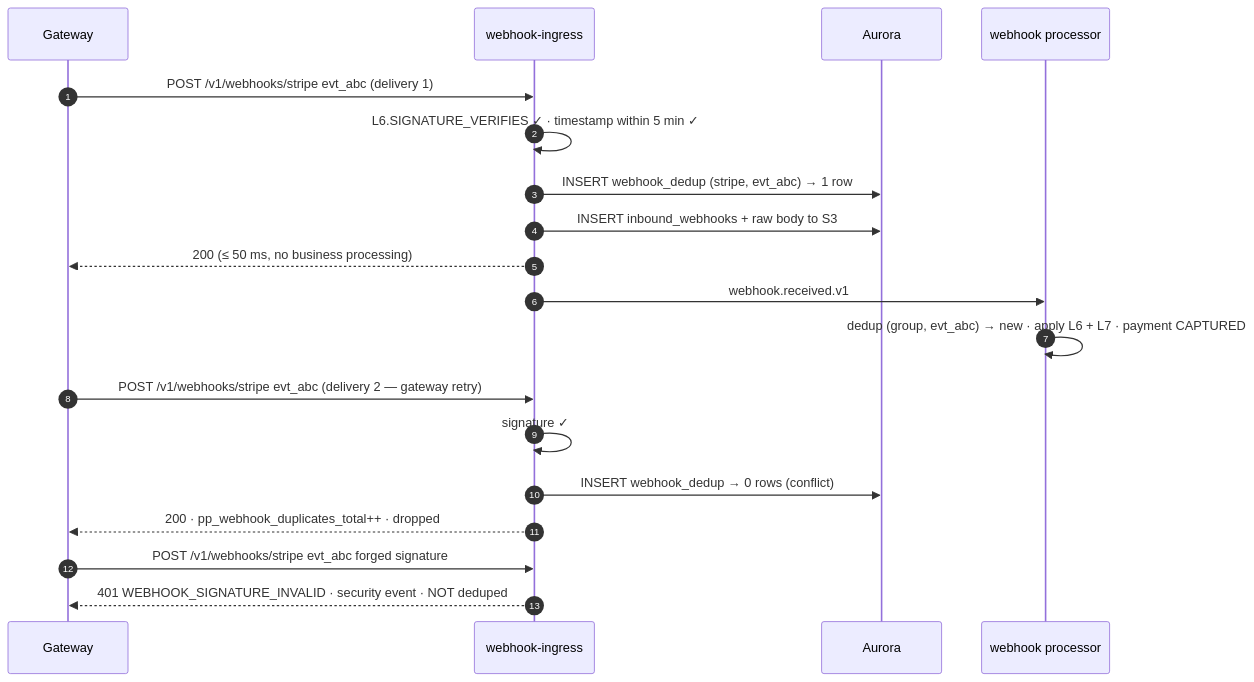
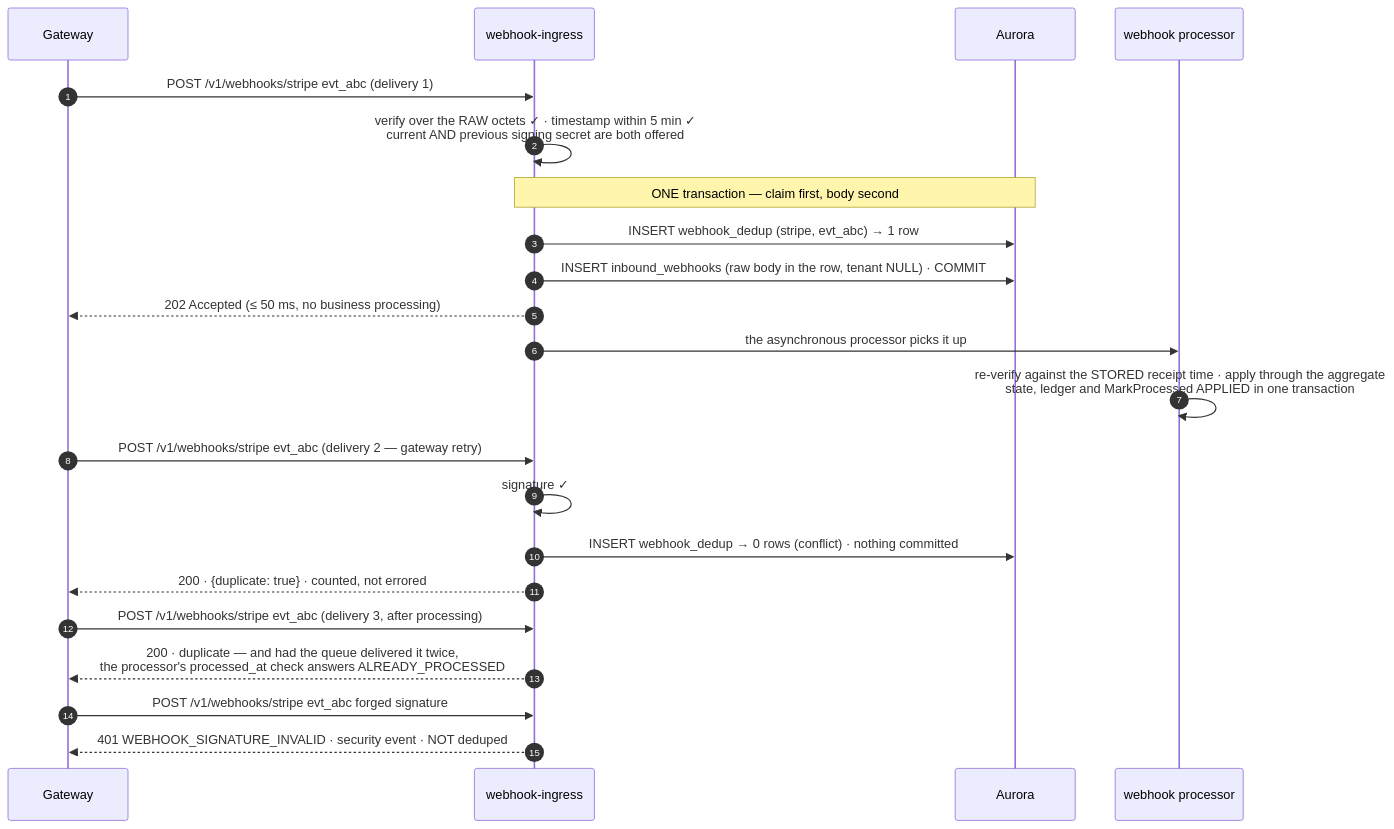
Before and after one commit to udaykishore-resu/payments-platform: diagram 13 of 15 in docs/payment-flow.md, drawn with Mermaid. The commit also changed other lines of this file and 67 other files, not shown here.

````diff
--- a/docs/payment-flow.md
+++ b/docs/payment-flow.md
@@ -566,24 +582,28 @@
 ```mermaid
 sequenceDiagram
     autonumber
     participant GW as Gateway
     participant WHI as webhook-ingress
     participant PG as Aurora
     participant CON as webhook processor
 
     GW->>WHI: POST /v1/webhooks/stripe  evt_abc  (delivery 1)
-    WHI->>WHI: L6.SIGNATURE_VERIFIES ✓ · timestamp within 5 min ✓
+    WHI->>WHI: verify over the RAW octets ✓ · timestamp within 5 min ✓<br/>current AND previous signing secret are both offered
+    Note over WHI,PG: ONE transaction — claim first, body second
     WHI->>PG: INSERT webhook_dedup (stripe, evt_abc) → 1 row
-    WHI->>PG: INSERT inbound_webhooks + raw body to S3
-    WHI-->>GW: 200 (≤ 50 ms, no business processing)
-    WHI->>CON: webhook.received.v1
-    CON->>CON: dedup (group, evt_abc) → new · apply L6 + L7 · payment CAPTURED
+    WHI->>PG: INSERT inbound_webhooks (raw body in the row, tenant NULL) · COMMIT
+    WHI-->>GW: 202 Accepted (≤ 50 ms, no business processing)
+    WHI->>CON: the asynchronous processor picks it up
+    CON->>CON: re-verify against the STORED receipt time · apply through the aggregate<br/>state, ledger and MarkProcessed APPLIED in one transaction
 
     GW->>WHI: POST /v1/webhooks/stripe  evt_abc  (delivery 2 — gateway retry)
     WHI->>WHI: signature ✓
-    WHI->>PG: INSERT webhook_dedup → 0 rows (conflict)
-    WHI-->>GW: 200 · pp_webhook_duplicates_total++ · dropped
+    WHI->>PG: INSERT webhook_dedup → 0 rows (conflict) · nothing committed
+    WHI-->>GW: 200 · {duplicate: true} · counted, not errored
+
+    GW->>WHI: POST /v1/webhooks/stripe  evt_abc  (delivery 3, after processing)
+    WHI-->>GW: 200 · duplicate — and had the queue delivered it twice,<br/>the processor's processed_at check answers ALREADY_PROCESSED
 
     GW->>WHI: POST /v1/webhooks/stripe  evt_abc  forged signature
     WHI-->>GW: 401 WEBHOOK_SIGNATURE_INVALID · security event · NOT deduped
 ```
````
